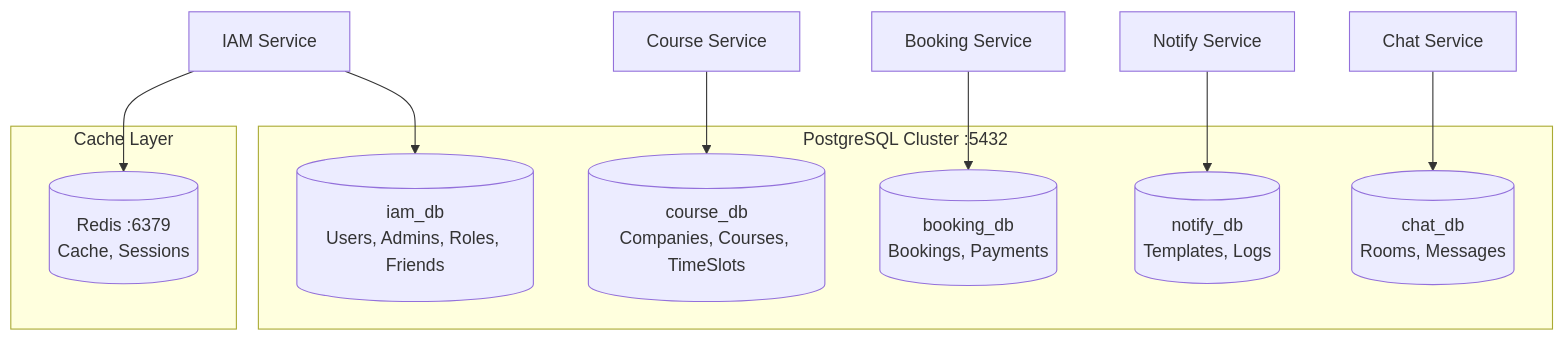
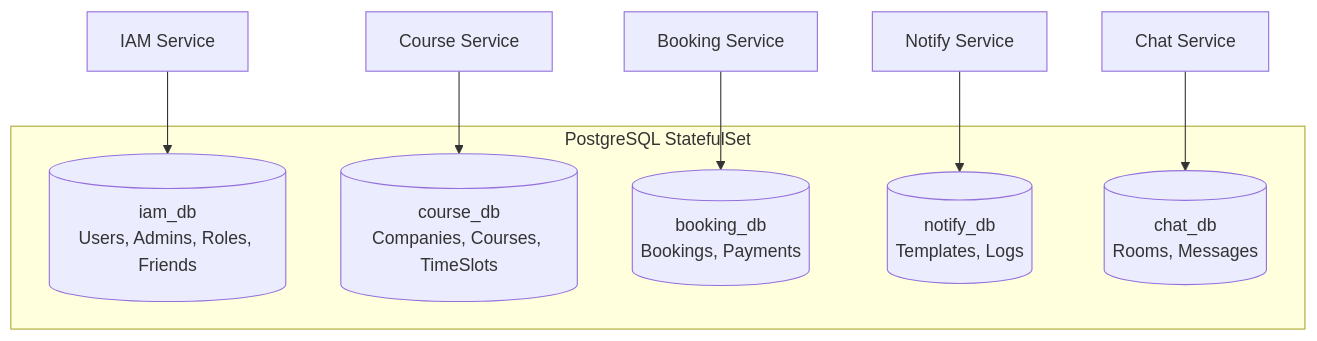
Before and after one commit to uniyous/parkgolf-platform: the fifth of 8 diagrams in docs/ARCHITECTURE.md, drawn with Mermaid. The commit also changed other lines of this file and 2 other files, not shown here.

````diff
--- a/docs/ARCHITECTURE.md
+++ b/docs/ARCHITECTURE.md
@@ -797,22 +645,16 @@
 ```mermaid
 graph TD
-    subgraph "PostgreSQL Cluster :5432"
+    subgraph "PostgreSQL StatefulSet"
         IAM_DB[(iam_db<br/>Users, Admins, Roles, Friends)]
         COURSE_DB[(course_db<br/>Companies, Courses, TimeSlots)]
         BOOKING_DB[(booking_db<br/>Bookings, Payments)]
         NOTIFY_DB[(notify_db<br/>Templates, Logs)]
         CHAT_DB[(chat_db<br/>Rooms, Messages)]
     end
 
-    subgraph "Cache Layer"
-        REDIS[(Redis :6379<br/>Cache, Sessions)]
-    end
-
     IAM[IAM Service] --> IAM_DB
     COURSE[Course Service] --> COURSE_DB
     BOOK[Booking Service] --> BOOKING_DB
     NOTIFY[Notify Service] --> NOTIFY_DB
     CHAT[Chat Service] --> CHAT_DB
-
-    IAM --> REDIS
 ```
````
